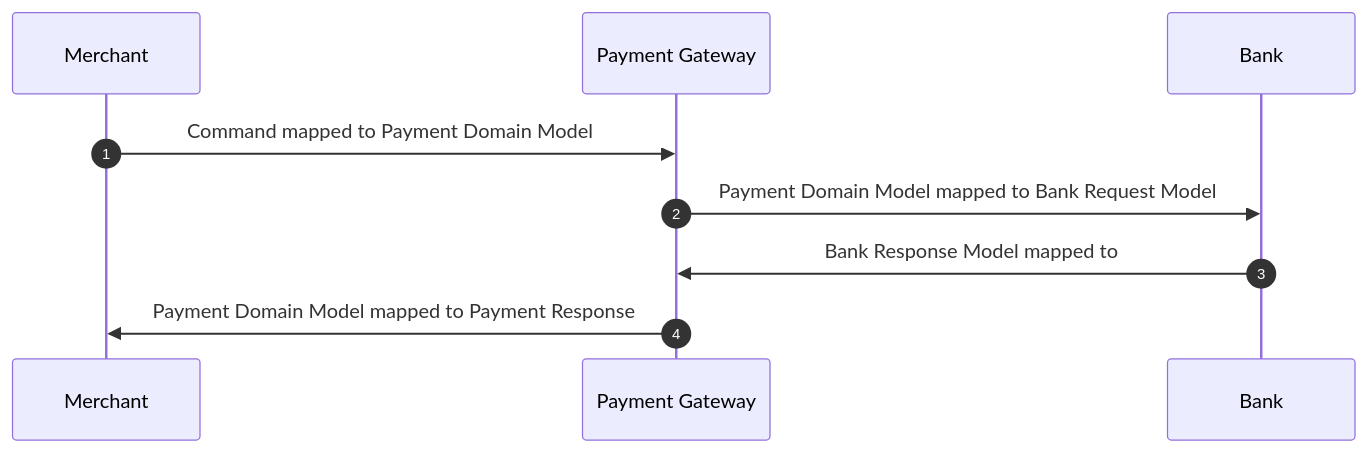
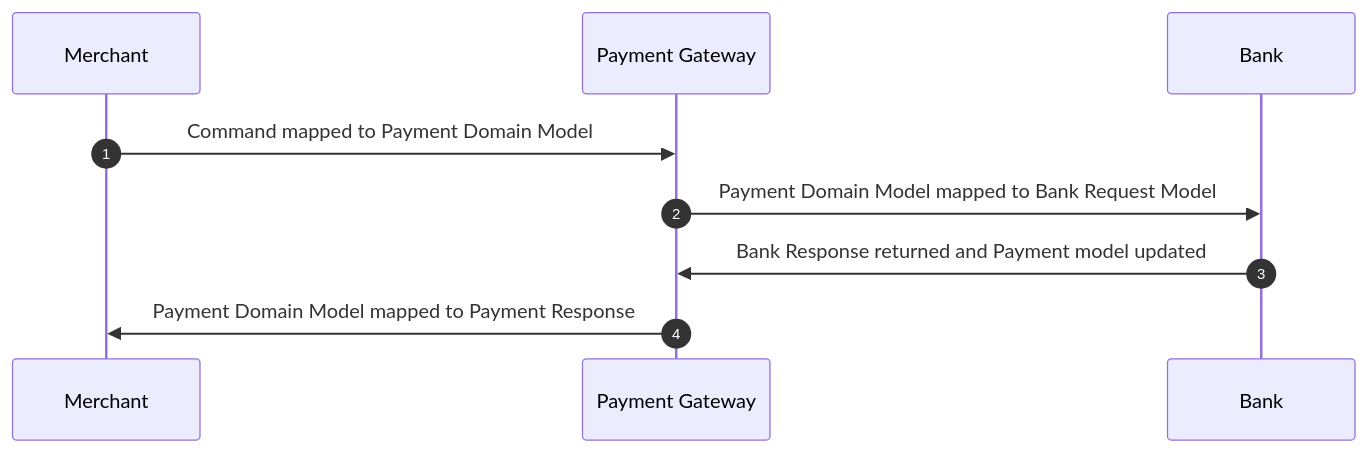
The second of 2 diagrams in README.md (samjones00/payment-gateway), drawn with Mermaid before and after one commit. The commit also changed other lines of this file, not shown here.

````diff
--- a/README.md
+++ b/README.md
@@ -161,12 +258,12 @@
 ```mermaid
 sequenceDiagram
     autonumber
     participant Merchant as Merchant 
     participant Gateway as Payment Gateway
     participant Bank as Bank
     Merchant->>Gateway: Command mapped to Payment Domain Model
     Gateway->>Bank: Payment Domain Model mapped to Bank Request Model
-    Bank->>Gateway: Bank Response Model mapped to 
+    Bank->>Gateway: Bank Response returned and Payment model updated 
     Gateway->>Merchant: Payment Domain Model mapped to Payment Response 
 
 ```
````
